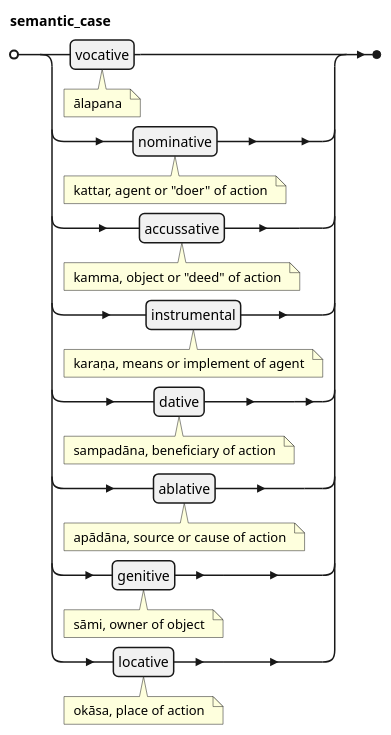
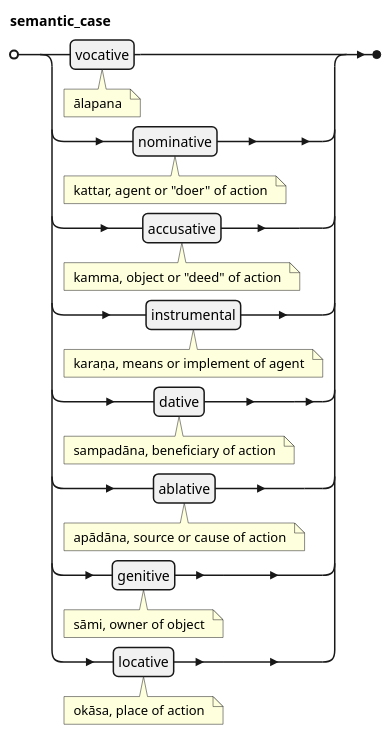
One commit to ChristineTham/buddhavacana changed the eighth of 12 diagrams in src/content/docs/Pali Textbook/c-grammar.md. Above: the diagram before and after it, drawn with PlantUML. The commit also changed other lines of this file and 22 other files, not shown here.

````diff
--- a/src/content/docs/Pali Textbook/c-grammar.md
+++ b/src/content/docs/Pali Textbook/c-grammar.md
@@ -162,13 +162,13 @@
 ```plantuml
 @startebnf
 semantic_case =
   vocative (* ālapana *) |
   nominative (* kattar, agent or "doer" of action *) |
-  accussative (* kamma, object or "deed" of action *) |
+  accusative (* kamma, object or "deed" of action *) |
   instrumental (* karaṇa, means or implement of agent *) |
   dative (* sampadāna, beneficiary of action *) |
   ablative (* apādāna, source or cause of action *) |
   genitive (* sāmi, owner of object *) |
   locative (* okāsa, place of action *) ;
 @endebnf
 ```
````
